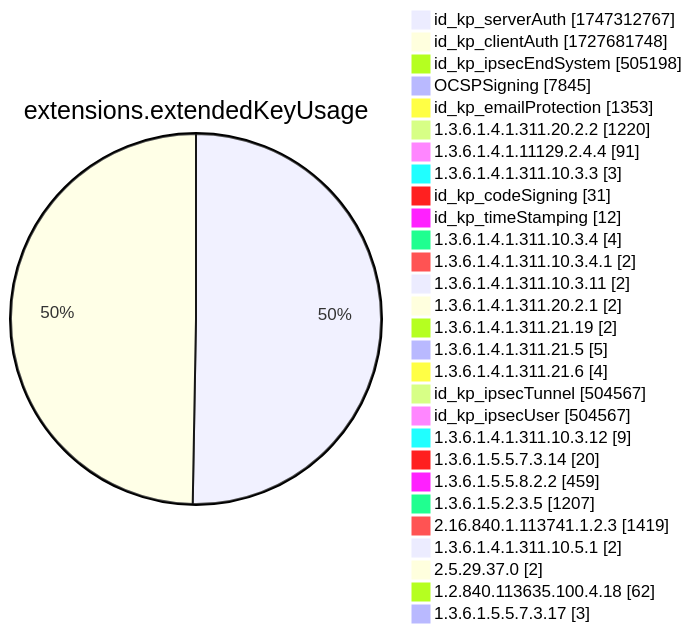
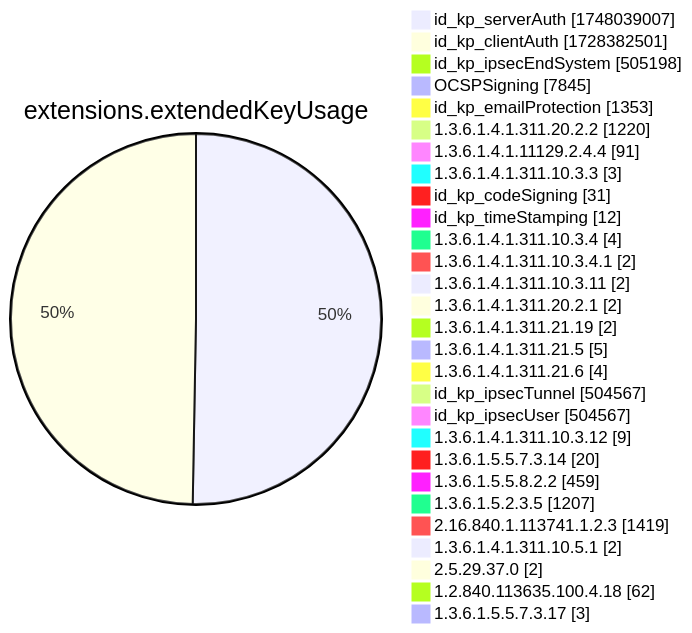
Diagram 12 of 15 in xenon2022/README.md (christiankrug/ctmonitor_visualization), drawn with Mermaid before and after one commit. The commit also changed other lines of this file, not shown here.

````diff
--- a/xenon2022/README.md
+++ b/xenon2022/README.md
@@ -3892,32 +3892,32 @@
 ```mermaid
 pie showData
 title extensions.extendedKeyUsage
-"id_kp_serverAuth" :1747312767
-"id_kp_clientAuth" :1727681748
+"id_kp_serverAuth" :1748039007
+"id_kp_clientAuth" :1728382501
 "id_kp_ipsecEndSystem" :505198
 "OCSPSigning" :7845
 "id_kp_emailProtection" :1353
 "1.3.6.1.4.1.311.20.2.2" :1220
 "1.3.6.1.4.1.11129.2.4.4" :91
 "1.3.6.1.4.1.311.10.3.3" :3
 "id_kp_codeSigning" :31
 "id_kp_timeStamping" :12
 "1.3.6.1.4.1.311.10.3.4" :4
 "1.3.6.1.4.1.311.10.3.4.1" :2
 "1.3.6.1.4.1.311.10.3.11" :2
 "1.3.6.1.4.1.311.20.2.1" :2
 "1.3.6.1.4.1.311.21.19" :2
 "1.3.6.1.4.1.311.21.5" :5
 "1.3.6.1.4.1.311.21.6" :4
 "id_kp_ipsecTunnel" :504567
 "id_kp_ipsecUser" :504567
 "1.3.6.1.4.1.311.10.3.12" :9
 "1.3.6.1.5.5.7.3.14" :20
 "1.3.6.1.5.5.8.2.2" :459
 "1.3.6.1.5.2.3.5" :1207
 "2.16.840.1.113741.1.2.3" :1419
 "1.3.6.1.4.1.311.10.5.1" :2
 "2.5.29.37.0" :2
 "1.2.840.113635.100.4.18" :62
 "1.3.6.1.5.5.7.3.17" :3
 ```
````
